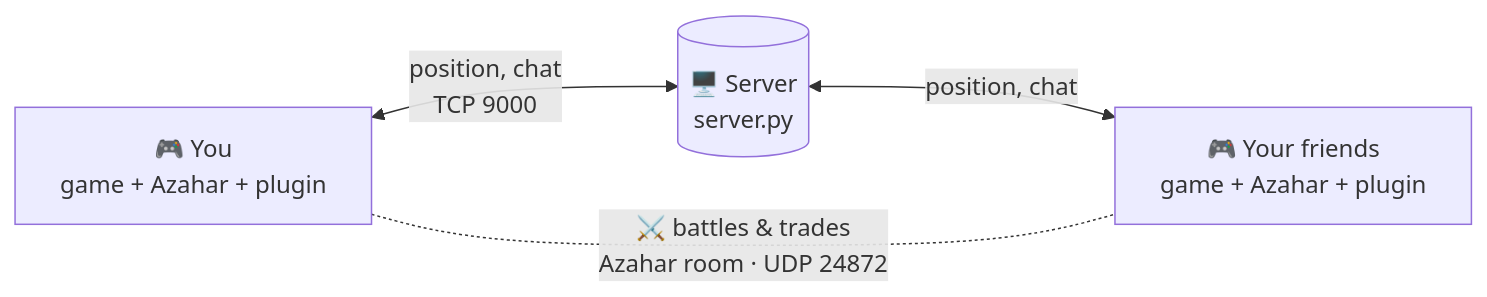
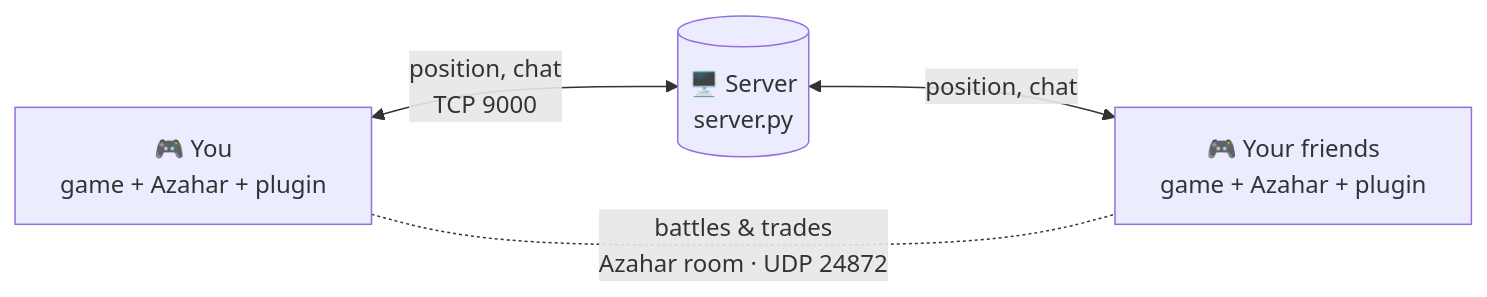
One commit to SamuTecYT/ORAS-MMO changed the diagram in README.md. Above: the diagram before and after it, drawn with Mermaid. The commit also changed 1 other file, not shown here.

Commit message:
Docs: fix a clipped label in the diagram

````diff
--- a/README.md
+++ b/README.md
@@ -100,6 +100,6 @@
 ```mermaid
 flowchart LR
     A["🎮 You<br/>game + Azahar + plugin"] <-->|"position, chat<br/>TCP 9000"| S[("🖥️ Server<br/>server.py")]
     S <-->|"position, chat"| B["🎮 Your friends<br/>game + Azahar + plugin"]
-    A -.-|"⚔️ battles & trades<br/>Azahar room · UDP 24872"| B
+    A -.-|"battles & trades<br/>Azahar room · UDP 24872"| B
 ```
````
